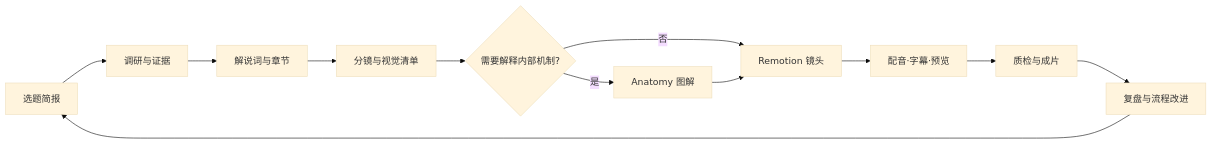
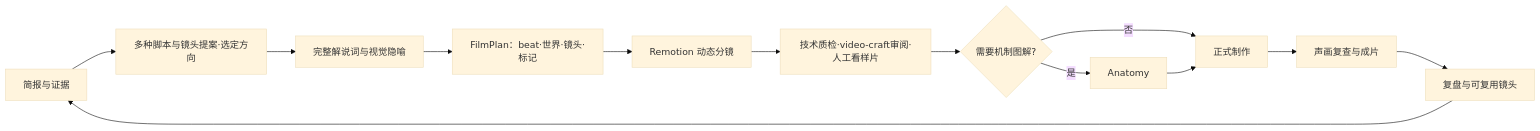
One commit to victkk11-beep/GENCAN-Motion-Studio changed the second of 2 diagrams in README.md. Above: the diagram before and after it, drawn with Mermaid (base theme). The commit also changed other lines of this file and 31 other files, not shown here.

````diff
--- a/README.md
+++ b/README.md
@@ -17,14 +35,15 @@
 ```mermaid
 flowchart LR
-  A[选题简报] --> B[调研与证据]
-  B --> C[解说词与章节]
-  C --> D[分镜与视觉清单]
-  D --> E{需要解释内部机制?}
-  E -- 是 --> F[Anatomy 图解]
-  E -- 否 --> G[Remotion 镜头]
-  F --> G
-  G --> H[配音·字幕·预览]
-  H --> I[质检与成片]
-  I --> J[复盘与流程改进]
+  A[简报与证据] --> P[多种脚本与镜头提案·选定方向]
+  P --> B[完整解说词与视觉隐喻]
+  B --> C[FilmPlan：beat·世界·镜头·标记]
+  C --> D[Remotion 动态分镜]
+  D --> E[技术质检·video-craft审阅·人工看样片]
+  E --> F{需要机制图解?}
+  F -- 是 --> G[Anatomy]
+  F -- 否 --> H[正式制作]
+  G --> H
+  H --> I[声画复查与成片]
+  I --> J[复盘与可复用镜头]
   J --> A
 ```
````
